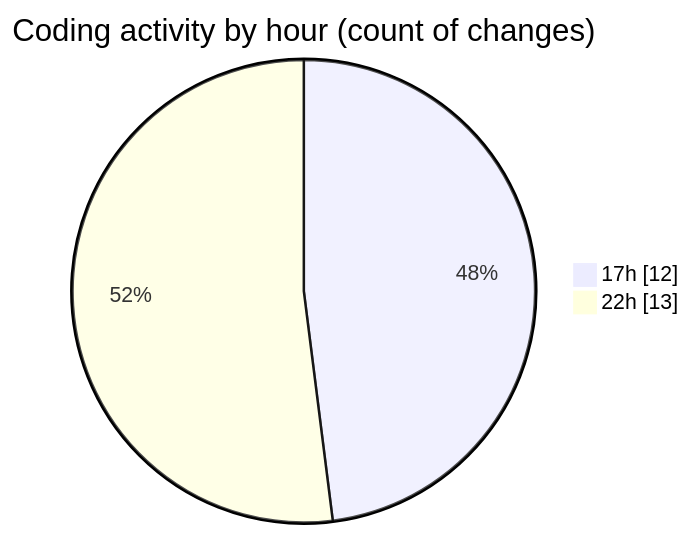
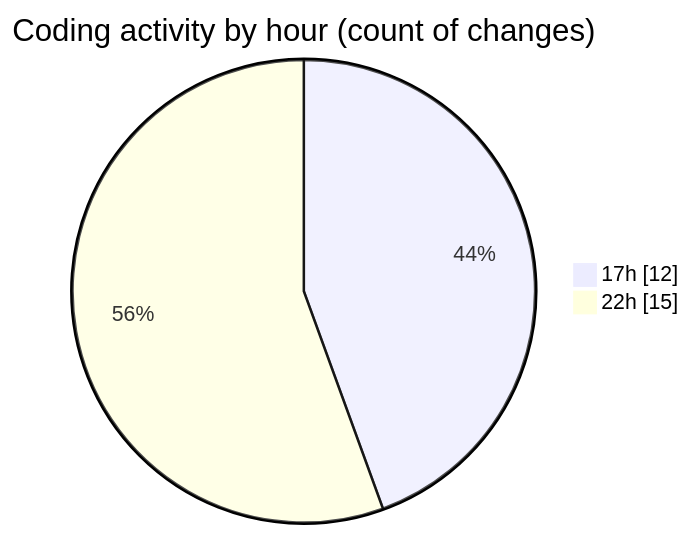
The second of 2 diagrams in 2025-02-25/myws__workspace_/README.md (MatusMokan/code-tracking), drawn with Mermaid before and after one commit. The commit also changed other lines of this file and 1 other file, not shown here.

````diff
--- a/2025-02-25/myws__workspace_/README.md
+++ b/2025-02-25/myws__workspace_/README.md
@@ -32,6 +32,6 @@
 ```mermaid
 pie showData
 title Coding activity by hour (count of changes)
 "17h" : 12
-"22h" : 13
+"22h" : 15
 ```
````
